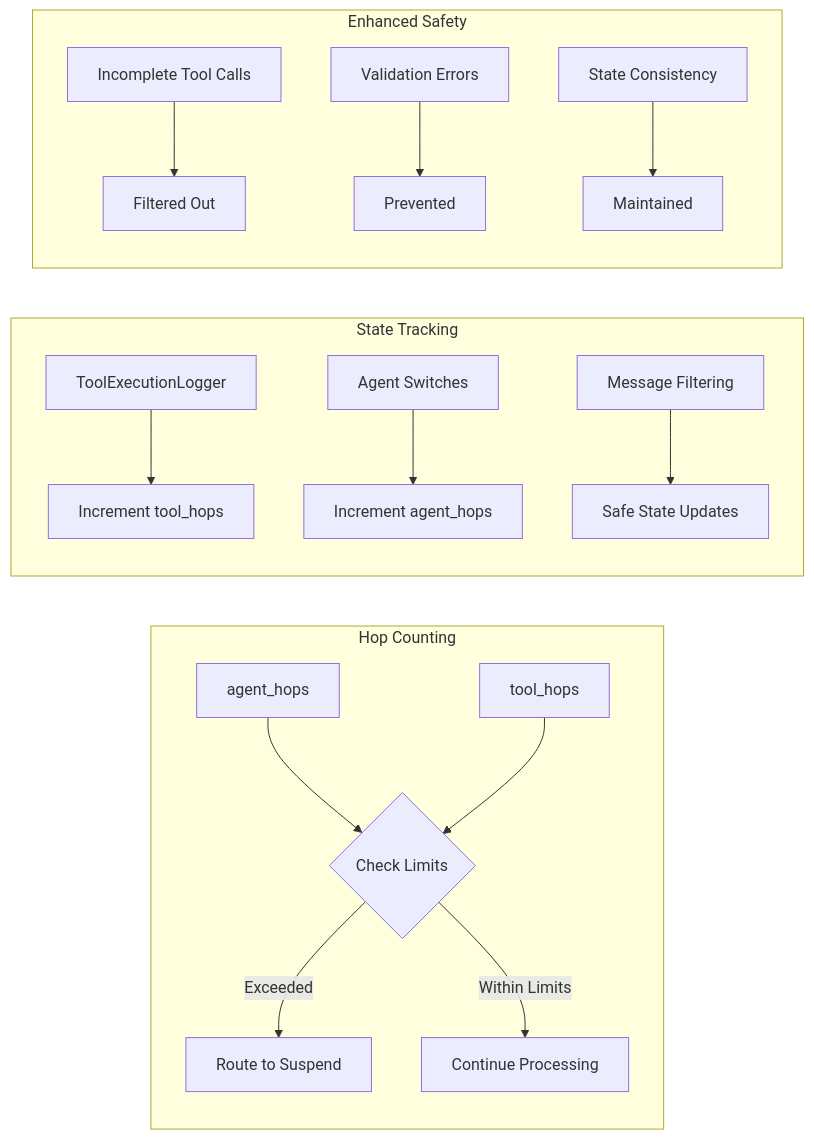
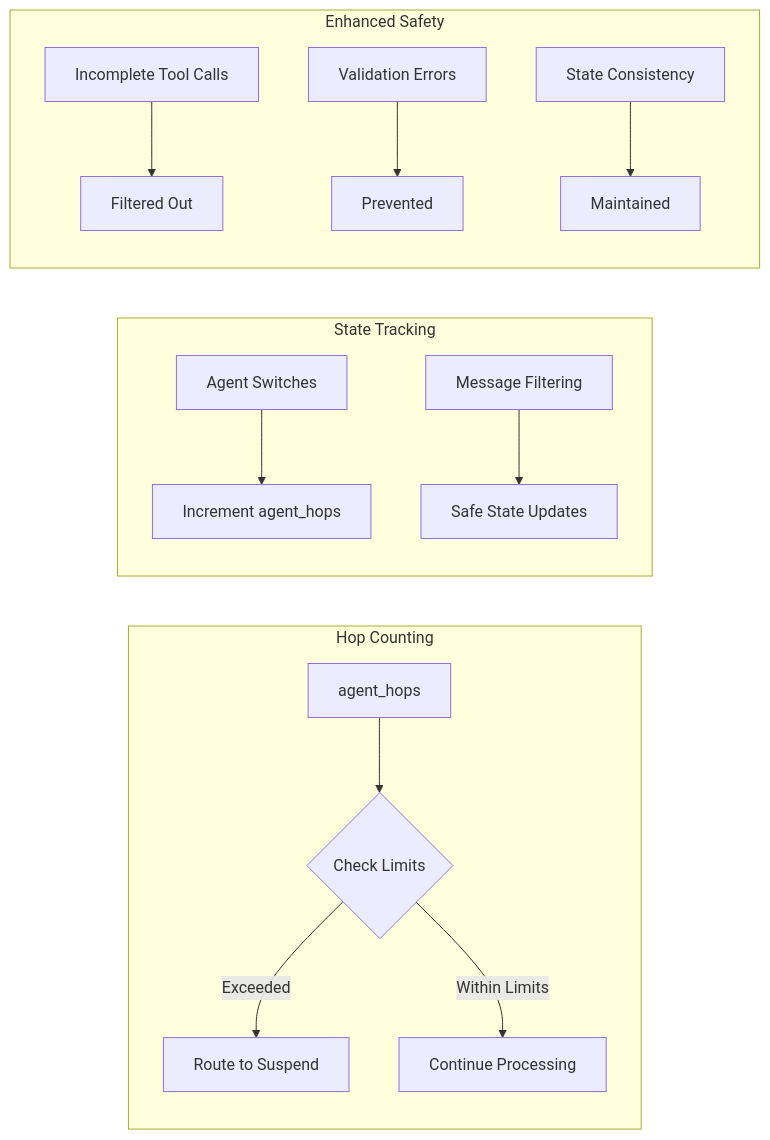
The seventh of 19 diagrams in docs/concepts/langgraph-architecture.md (jonaskahn/cadence), drawn with Mermaid before and after one commit. The commit also changed other lines of this file and 40 other files, not shown here.

````diff
--- a/docs/concepts/langgraph-architecture.md
+++ b/docs/concepts/langgraph-architecture.md
@@ -394,21 +423,19 @@
 ```mermaid
 graph LR
     subgraph "Hop Counting"
         A[agent_hops] --> B{Check Limits}
-        C[tool_hops] --> B
         B -->|Exceeded| D[Route to Suspend]
         B -->|Within Limits| E[Continue Processing]
     end
     
     subgraph "State Tracking"
-        F[ToolExecutionLogger] --> G[Increment tool_hops]
         H[Agent Switches] --> I[Increment agent_hops]
         J[Message Filtering] --> K[Safe State Updates]
     end
     
     subgraph "Enhanced Safety"
         L[Incomplete Tool Calls] --> M[Filtered Out]
         N[Validation Errors] --> O[Prevented]
         P[State Consistency] --> Q[Maintained]
     end
 ```
````
